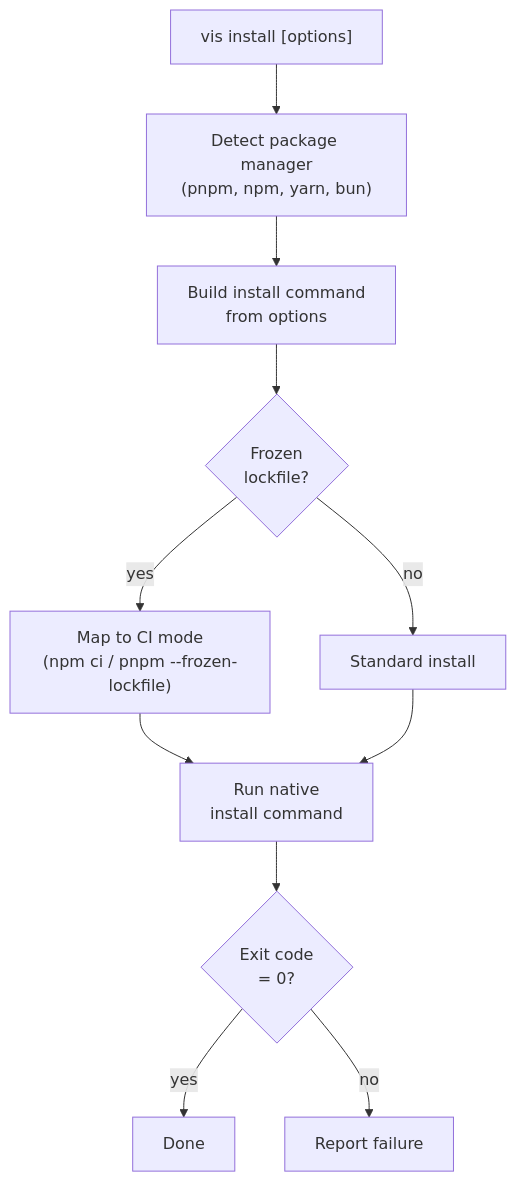
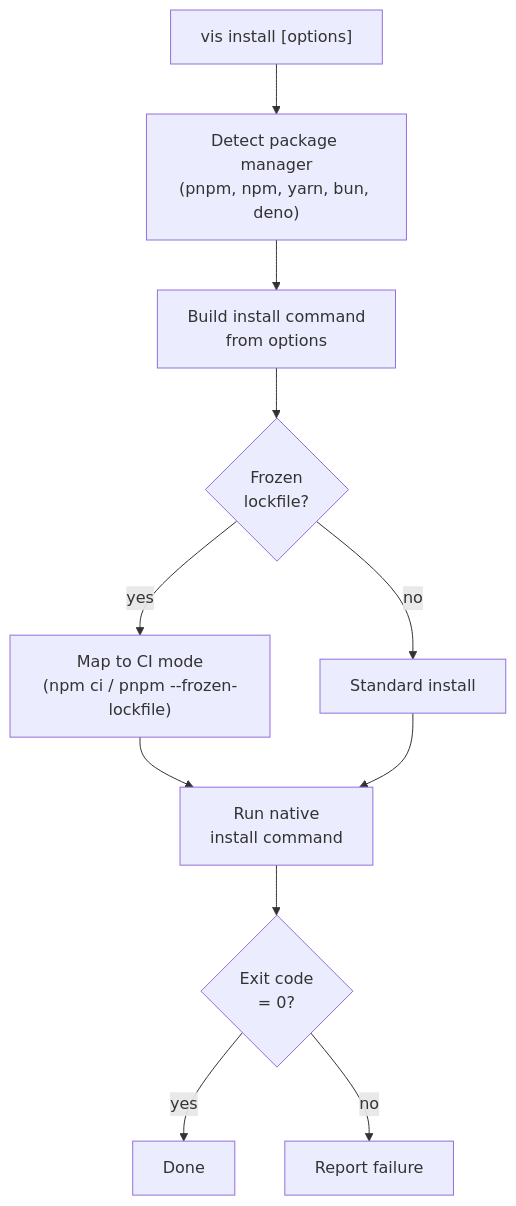
Before and after one commit to visulima/vis: the diagram in packages/tooling/vis/docs/commands/install.mdx, drawn with Mermaid. The commit also changed other lines of this file and 30 other files, not shown here.

First line of the commit message:
feat(vis): add deno as first-class package manager + --auto-install-peers

````diff
--- a/packages/tooling/vis/docs/commands/install.mdx
+++ b/packages/tooling/vis/docs/commands/install.mdx
@@ -141,13 +141,13 @@
 ```mermaid
 flowchart TD
-    A["vis install [options]"] --> B["Detect package manager\n(pnpm, npm, yarn, bun)"]
+    A["vis install [options]"] --> B["Detect package manager\n(pnpm, npm, yarn, bun, deno)"]
     B --> C["Build install command\nfrom options"]
     C --> D{Frozen\nlockfile?}
     D -- yes --> E["Map to CI mode\n(npm ci / pnpm --frozen-lockfile)"]
     D -- no --> F["Standard install"]
     E --> G["Run native\ninstall command"]
     F --> G
     G --> H{Exit code\n= 0?}
     H -- yes --> I["Done"]
     H -- no --> J["Report failure"]
 ```
````
